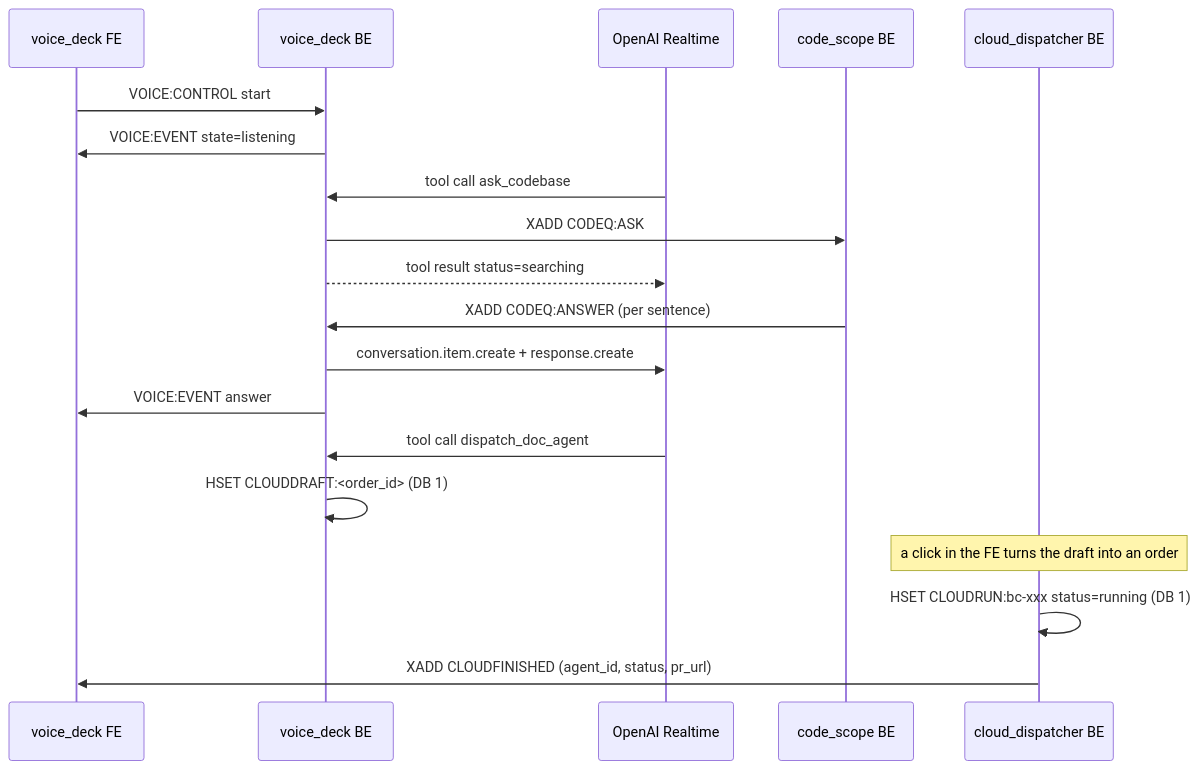
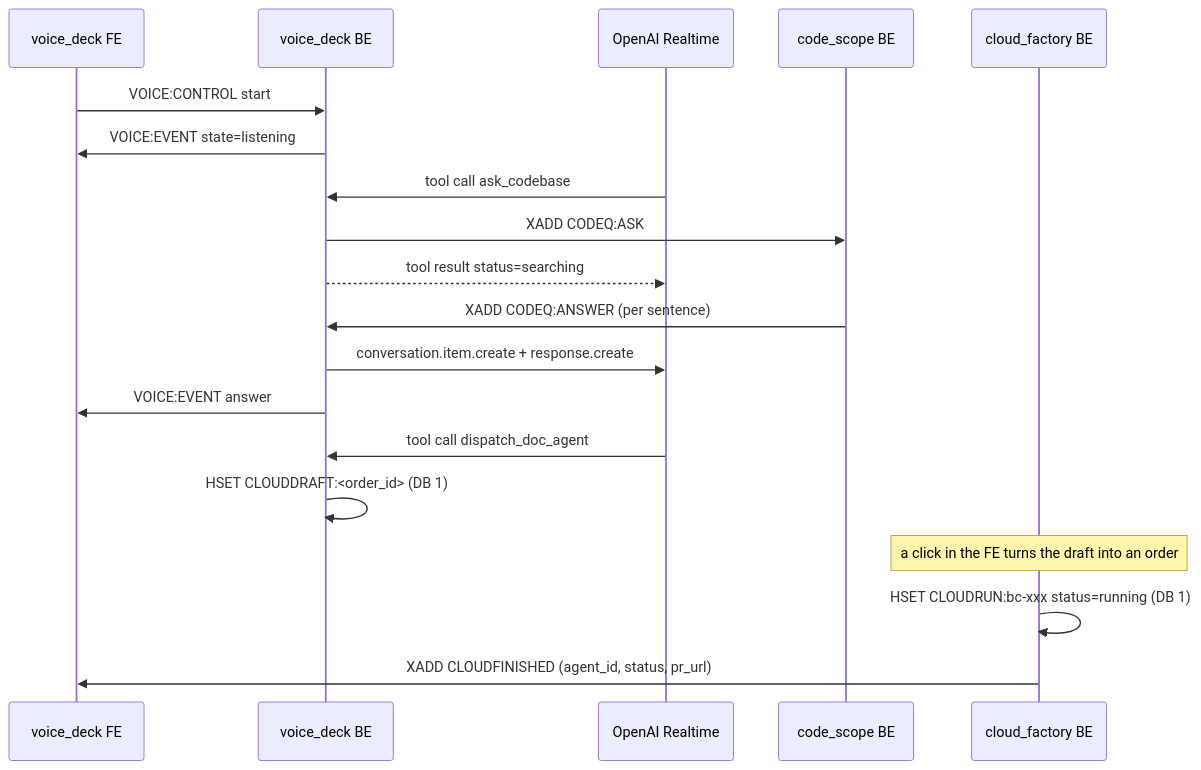
The diagram in MegaDesk-contracts/redis/voice-chain.md (SamJBoyer/MegaDesk), drawn with Mermaid before and after one commit. The commit also changed other lines of this file and 120 other files, not shown here.

````diff
--- a/MegaDesk-contracts/redis/voice-chain.md
+++ b/MegaDesk-contracts/redis/voice-chain.md
@@ -12,22 +16,22 @@
 ```mermaid
 sequenceDiagram
     participant VDFE as voice_deck FE
     participant VD as voice_deck BE
     participant RT as OpenAI Realtime
     participant CS as code_scope BE
-    participant CD as cloud_dispatcher BE
+    participant CD as cloud_factory BE
 
     VDFE->>VD: VOICE:CONTROL start
     VD->>VDFE: VOICE:EVENT state=listening
     RT->>VD: tool call ask_codebase
     VD->>CS: XADD CODEQ:ASK
     VD-->>RT: tool result status=searching
     CS->>VD: XADD CODEQ:ANSWER (per sentence)
     VD->>RT: conversation.item.create + response.create
     VD->>VDFE: VOICE:EVENT answer
     RT->>VD: tool call dispatch_doc_agent
     VD->>VD: HSET CLOUDDRAFT:<order_id> (DB 1)
     Note over CD: a click in the FE turns the draft into an order
     CD->>CD: HSET CLOUDRUN:bc-xxx status=running (DB 1)
     CD->>VDFE: XADD CLOUDFINISHED (agent_id, status, pr_url)
 ```
````
